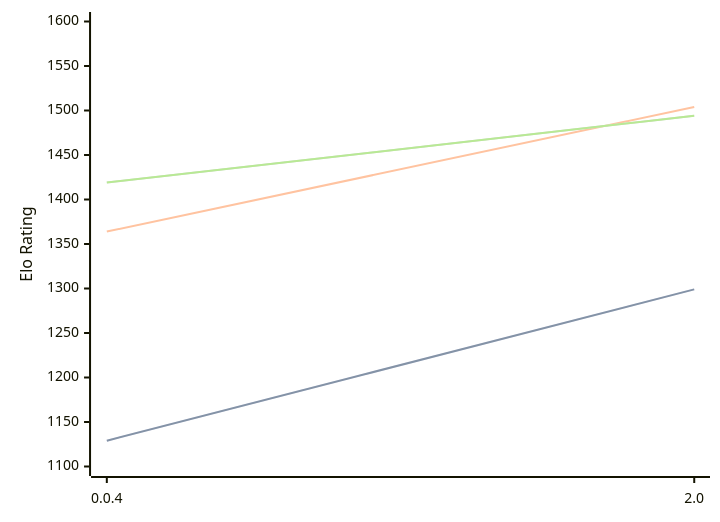
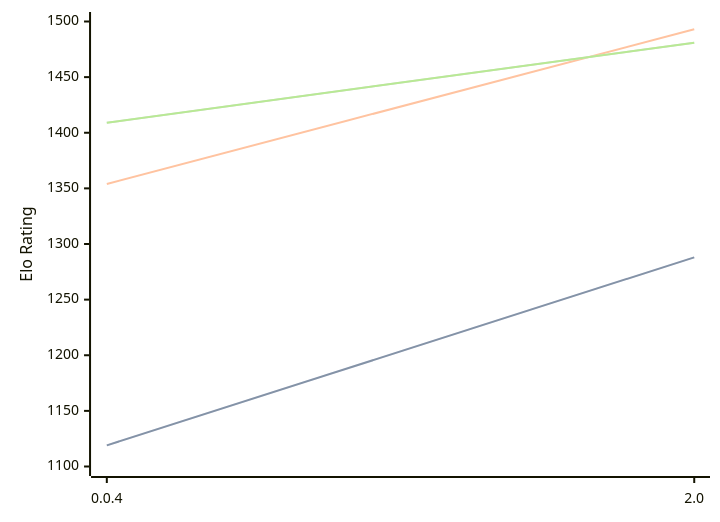
One commit to computer-chess-index/cci changed the diagram in engines/Oops!Mate.md. Above: the diagram before and after it, drawn with Mermaid. The commit also changed other lines of this file, not shown here.

Commit message:
Update CCI Ratings (ELO VLTC) - 2026-03-19

````diff
--- a/engines/Oops!Mate.md
+++ b/engines/Oops!Mate.md
@@ -49,11 +51,11 @@
 ```mermaid
 %%{init: {"theme":"base","themeVariables":{"seriesColors:['#a3a3a3','#222221','#faa371']}}}%%
 xychart-beta
   x-axis ["0.0.4", "2.0"]
-  y-axis "Elo Rating" 1100 --> 1600
-  line "STC (8.0+0.08s)" [1129, 1299]
-  line "STC (8.0+0.08s)" [1129, 1299]
-  line "LTC (60.0+0.60s)" [1364, 1504]
-  line "VLTC (2m24s+1.12s)" [1419, 1494]
-  line "VLTC (2m24s+1.12s)" [1419, 1494]
+  y-axis "Elo Rating" 1100 --> 1500
+  line "STC (8.0+0.08s)" [1119, 1288]
+  line "STC (8.0+0.08s)" [1119, 1288]
+  line "LTC (60.0+0.60s)" [1354, 1493]
+  line "VLTC (2m24s+1.12s)" [1409, 1481]
+  line "VLTC (2m24s+1.12s)" [1409, 1481]
 ```
````
